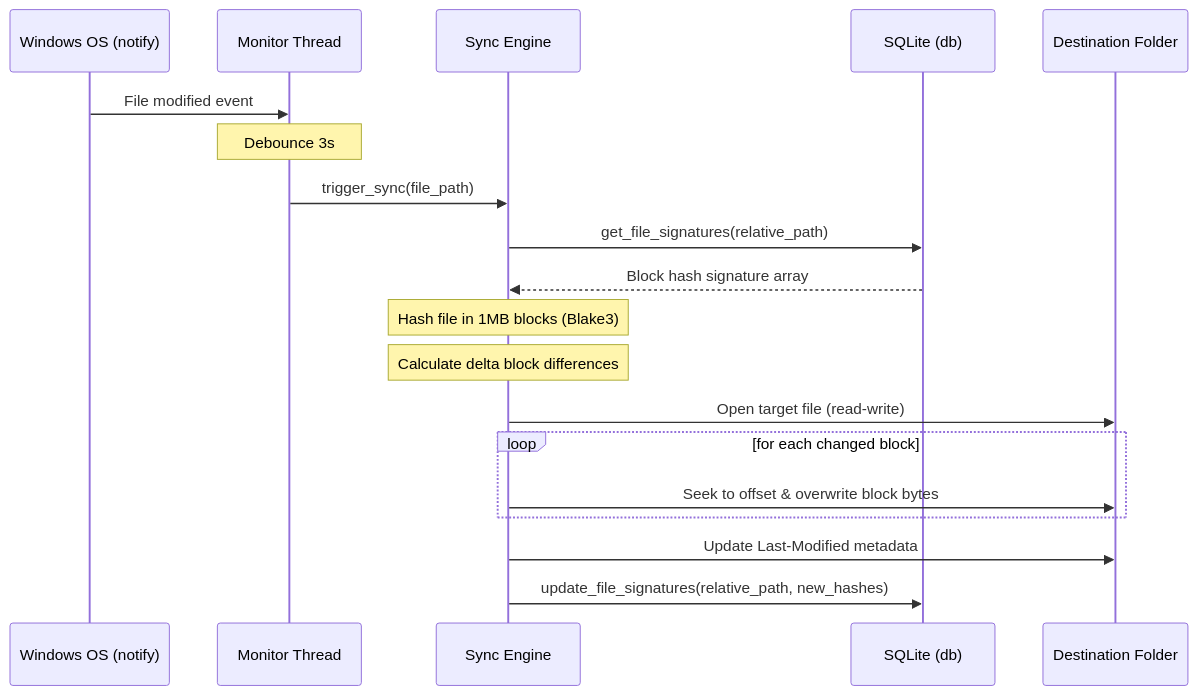
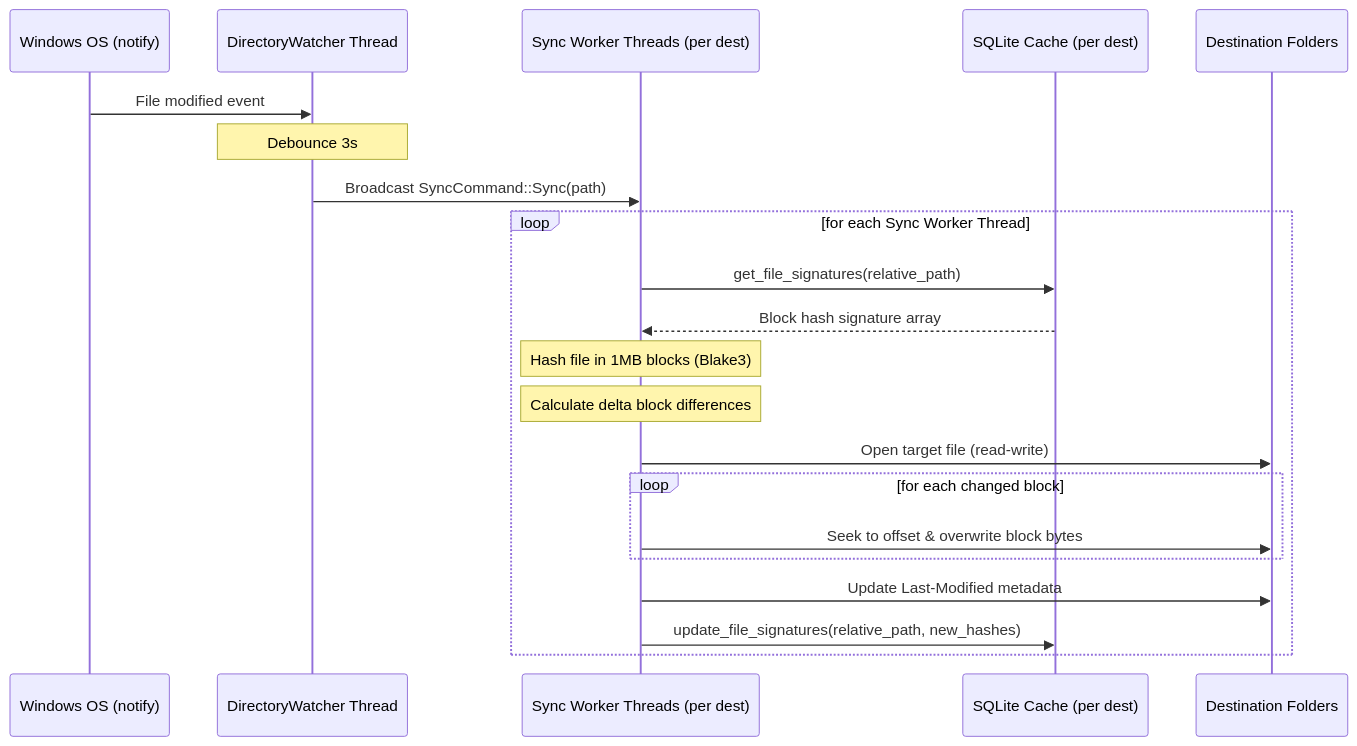
One commit to wends155/syncdir changed the second of 3 diagrams in architecture.md. Above: the diagram before and after it, drawn with Mermaid. The commit also changed other lines of this file and 1 other file, not shown here.

Commit message:
docs: align architecture.md with multi-destination sync

````diff
--- a/architecture.md
+++ b/architecture.md
@@ -154,22 +154,24 @@
 ```mermaid
 sequenceDiagram
     participant OS as Windows OS (notify)
-    participant Mon as Monitor Thread
-    participant SE as Sync Engine
-    participant DB as SQLite (db)
-    participant FS as Destination Folder
+    participant Mon as DirectoryWatcher Thread
+    participant Workers as Sync Worker Threads (per dest)
+    participant DB as SQLite Cache (per dest)
+    participant FS as Destination Folders
     
     OS->>Mon: File modified event
     Note over Mon: Debounce 3s
-    Mon->>SE: trigger_sync(file_path)
-    SE->>DB: get_file_signatures(relative_path)
-    DB-->>SE: Block hash signature array
-    Note over SE: Hash file in 1MB blocks (Blake3)
-    Note over SE: Calculate delta block differences
-    SE->>FS: Open target file (read-write)
-    loop for each changed block
-        SE->>FS: Seek to offset & overwrite block bytes
+    Mon->>Workers: Broadcast SyncCommand::Sync(path)
+    loop for each Sync Worker Thread
+        Workers->>DB: get_file_signatures(relative_path)
+        DB-->>Workers: Block hash signature array
+        Note over Workers: Hash file in 1MB blocks (Blake3)
+        Note over Workers: Calculate delta block differences
+        Workers->>FS: Open target file (read-write)
+        loop for each changed block
+            Workers->>FS: Seek to offset & overwrite block bytes
+        end
+        Workers->>FS: Update Last-Modified metadata
+        Workers->>DB: update_file_signatures(relative_path, new_hashes)
     end
-    SE->>FS: Update Last-Modified metadata
-    SE->>DB: update_file_signatures(relative_path, new_hashes)
 ```
````
